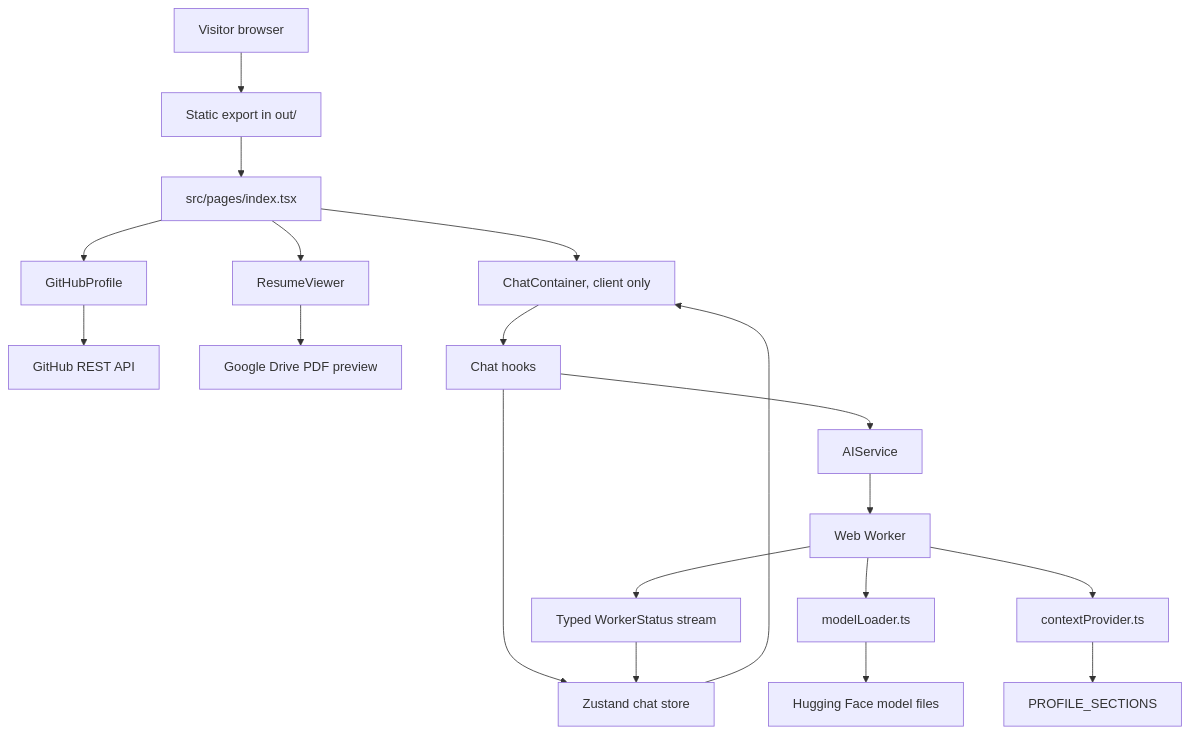
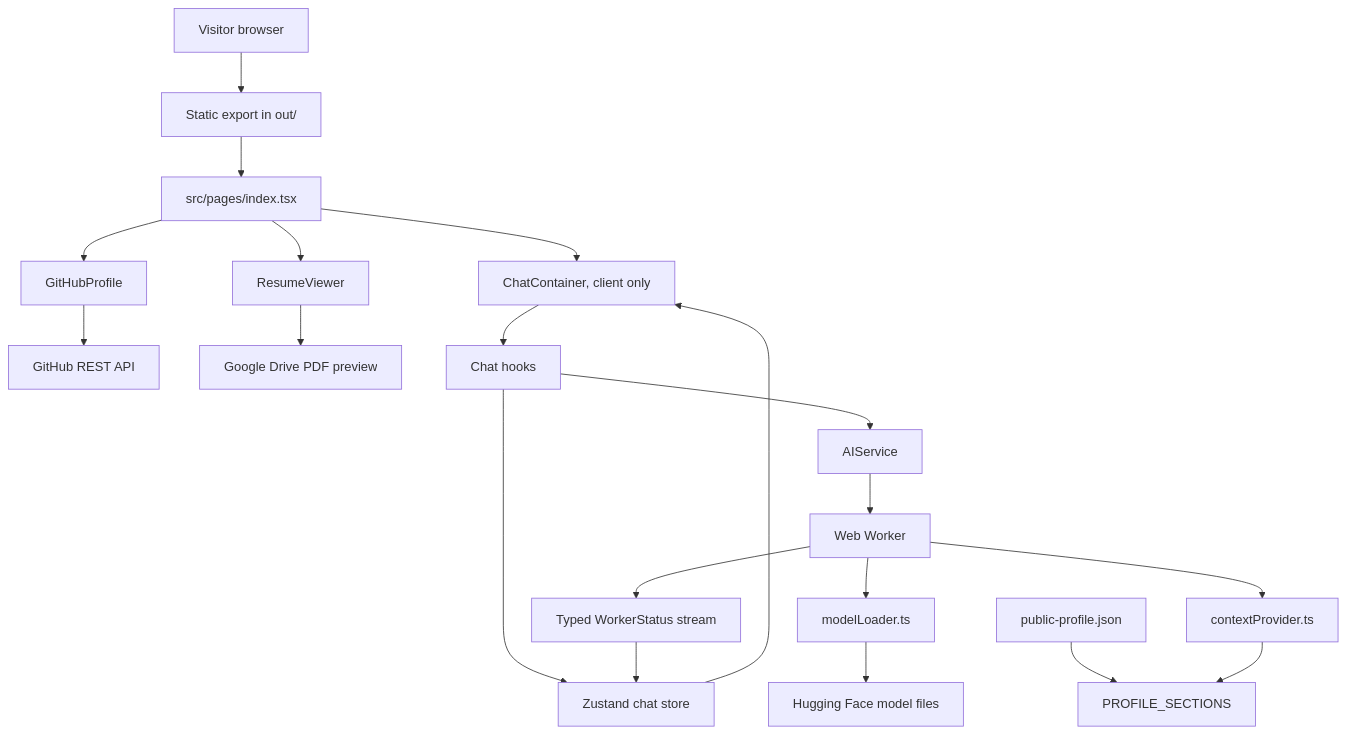
Before and after one commit to justinthelaw/justinthelaw: the first of 4 diagrams in docs/DIAGRAMS.md, drawn with Mermaid. The commit also changed other lines of this file and 8 other files, not shown here.

Commit message:
unify the public profile data source

````diff
--- a/docs/DIAGRAMS.md
+++ b/docs/DIAGRAMS.md
@@ -23,21 +22,22 @@
 ```mermaid
 flowchart TD
   visitor["Visitor browser"] --> staticSite["Static export in out/"]
   staticSite --> page["src/pages/index.tsx"]
   page --> profile["GitHubProfile"]
   profile --> github["GitHub REST API"]
   page --> resume["ResumeViewer"]
   resume --> drive["Google Drive PDF preview"]
   page --> chat["ChatContainer, client only"]
   chat --> chatHooks["Chat hooks"]
   chatHooks --> chatStore["Zustand chat store"]
   chatHooks --> aiService["AIService"]
   aiService --> worker["Web Worker"]
   worker --> loader["modelLoader.ts"]
   loader --> hf["Hugging Face model files"]
   worker --> context["contextProvider.ts"]
+  canonicalProfile["public-profile.json"] --> profileSections["PROFILE_SECTIONS"]
   context --> profileSections["PROFILE_SECTIONS"]
   worker --> stream["Typed WorkerStatus stream"]
   stream --> chatStore
   chatStore --> chat
 ```
````
